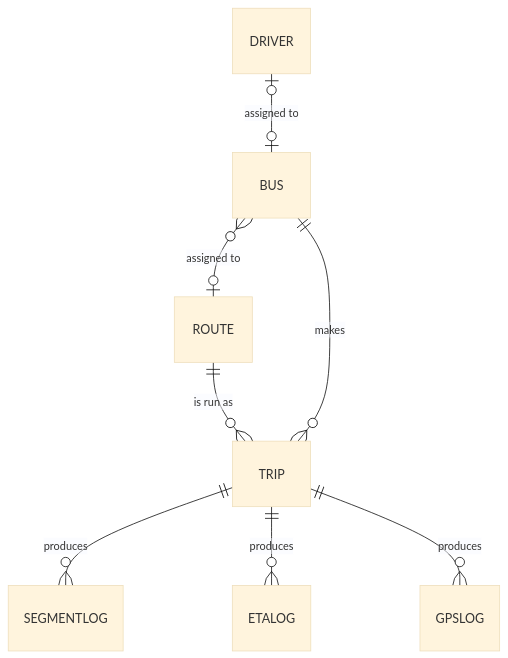
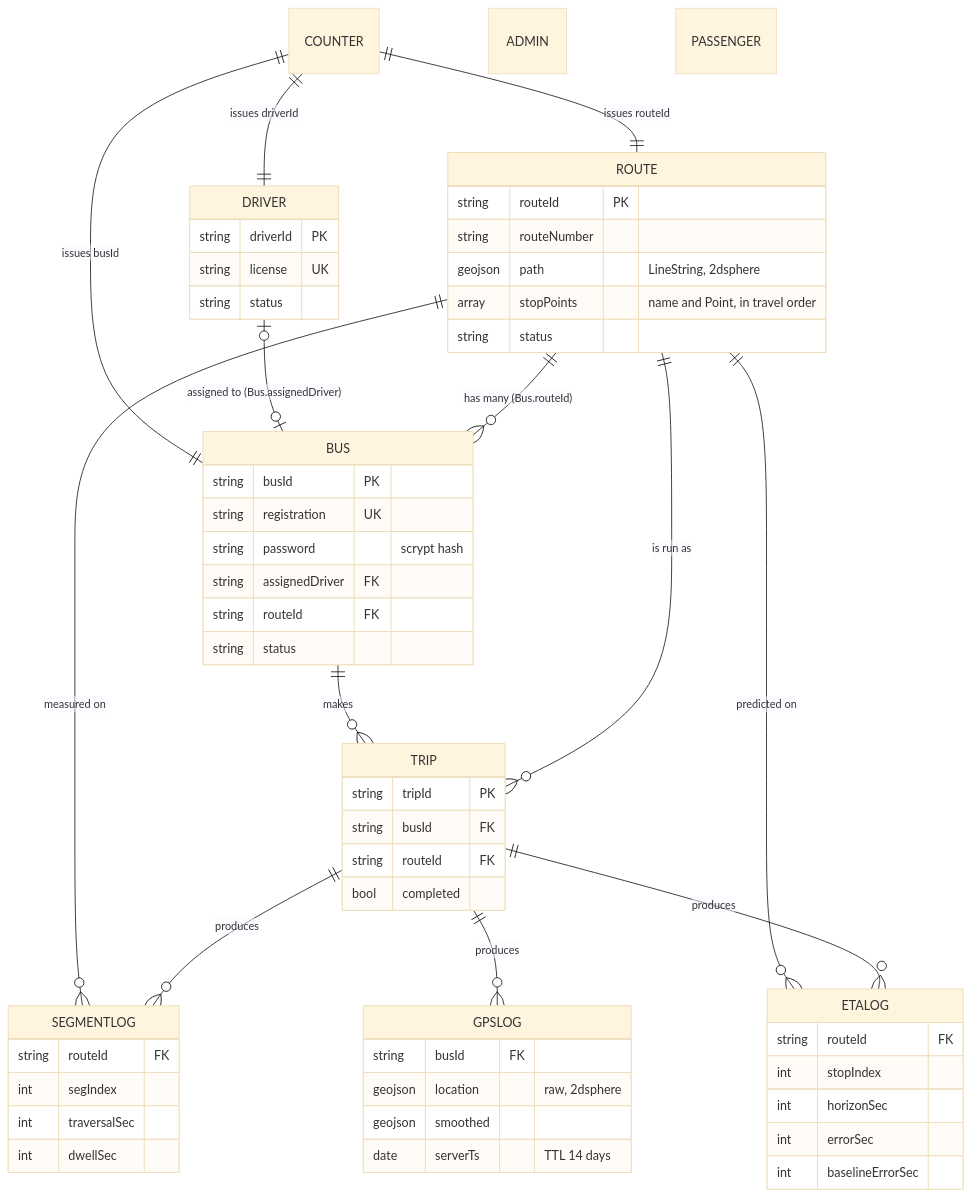
The diagram in docs/DATABASE.md (nadunkanishka/Smart-bus-tracking-system), drawn with Mermaid (base theme) before and after one commit. The commit also changed 20 other files, not shown here.

First line of the commit message:
docs: rewrite the README, diagrams for architecture, sequence, ETA, hosting and the data model, design decisions, changelog

````diff
--- a/docs/DATABASE.md
+++ b/docs/DATABASE.md
@@ -85,10 +85,63 @@
 ```mermaid
 erDiagram
+  ROUTE ||--o{ BUS : "has many (Bus.routeId)"
+  DRIVER |o--o| BUS : "assigned to (Bus.assignedDriver)"
   ROUTE ||--o{ TRIP : "is run as"
   BUS ||--o{ TRIP : "makes"
-  DRIVER |o--o| BUS : "assigned to"
-  BUS }o--o| ROUTE : "assigned to"
   TRIP ||--o{ SEGMENTLOG : "produces"
   TRIP ||--o{ ETALOG : "produces"
   TRIP ||--o{ GPSLOG : "produces"
+  ROUTE ||--o{ SEGMENTLOG : "measured on"
+  ROUTE ||--o{ ETALOG : "predicted on"
+  COUNTER ||--|| ROUTE : "issues routeId"
+  COUNTER ||--|| BUS : "issues busId"
+  COUNTER ||--|| DRIVER : "issues driverId"
+  ADMIN
+  PASSENGER
+
+  ROUTE {
+    string routeId PK
+    string routeNumber
+    geojson path "LineString, 2dsphere"
+    array stopPoints "name and Point, in travel order"
+    string status
+  }
+  BUS {
+    string busId PK
+    string registration UK
+    string password "scrypt hash"
+    string assignedDriver FK
+    string routeId FK
+    string status
+  }
+  DRIVER {
+    string driverId PK
+    string license UK
+    string status
+  }
+  TRIP {
+    string tripId PK
+    string busId FK
+    string routeId FK
+    bool completed
+  }
+  SEGMENTLOG {
+    string routeId FK
+    int segIndex
+    int traversalSec
+    int dwellSec
+  }
+  ETALOG {
+    string routeId FK
+    int stopIndex
+    int horizonSec
+    int errorSec
+    int baselineErrorSec
+  }
+  GPSLOG {
+    string busId FK
+    geojson location "raw, 2dsphere"
+    geojson smoothed
+    date serverTs "TTL 14 days"
+  }
 ```
````
